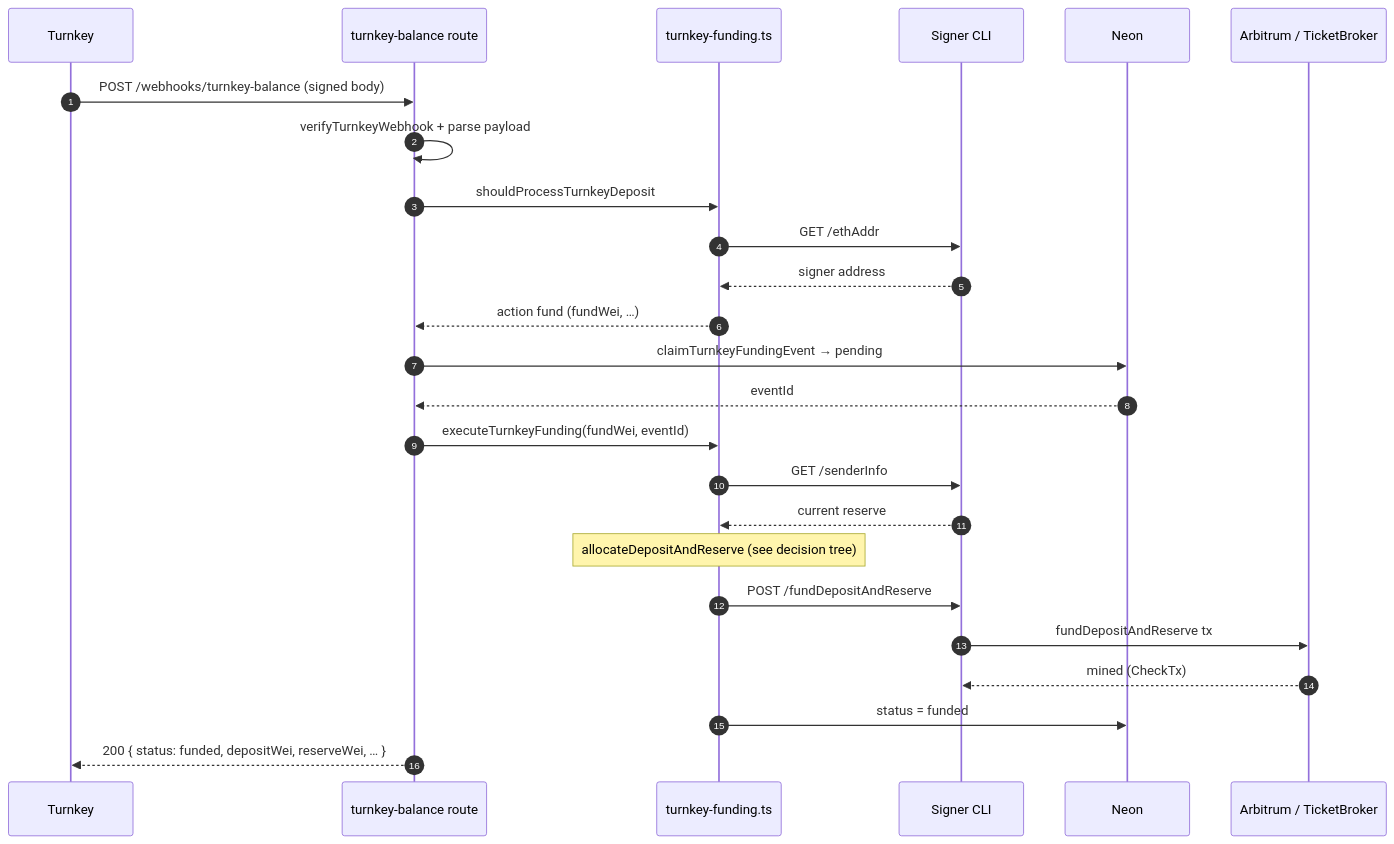
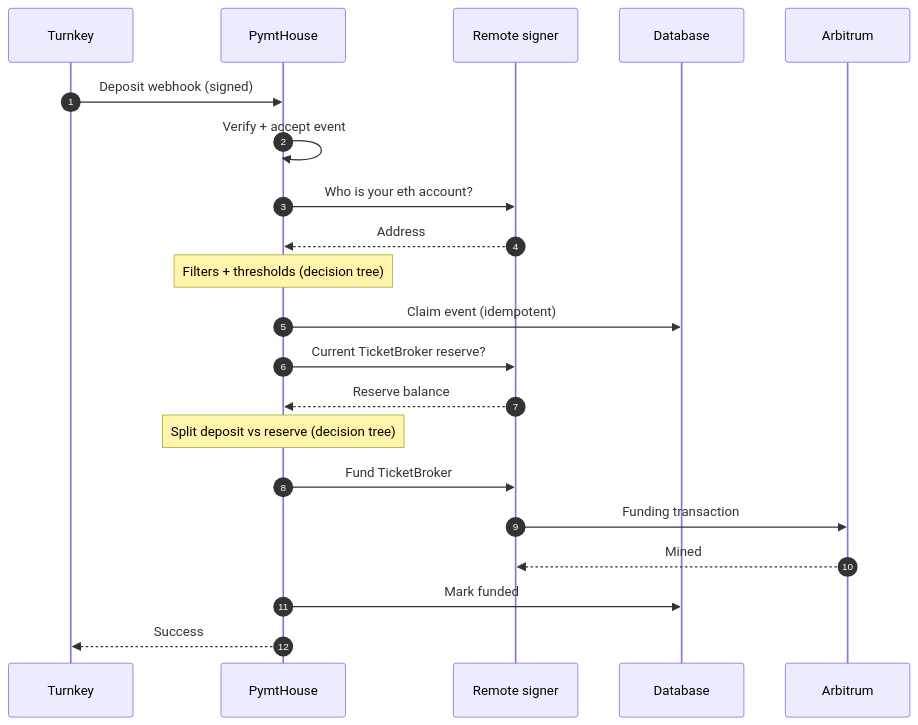
Before and after one commit to pymthouse/pymthouse: the second of 5 diagrams in docs/turnkey-ticket-funding.md, drawn with Mermaid. The commit also changed other lines of this file and 1 other file, not shown here.

First line of the commit message:
docs: raise Turnkey funding doc to architectural level

````diff
--- a/docs/turnkey-ticket-funding.md
+++ b/docs/turnkey-ticket-funding.md
@@ -125,28 +65,24 @@
 ```mermaid
 sequenceDiagram
   autonumber
-  participant TK as Turnkey
-  participant WH as turnkey-balance route
-  participant Logic as turnkey-funding.ts
-  participant CLI as Signer CLI
-  participant DB as Neon
-  participant Chain as Arbitrum / TicketBroker
+  participant Turnkey
+  participant PymtHouse
+  participant Signer as Remote signer
+  participant DB as Database
+  participant Chain as Arbitrum
 
-  TK->>WH: POST /webhooks/turnkey-balance (signed body)
-  WH->>WH: verifyTurnkeyWebhook + parse payload
-  WH->>Logic: shouldProcessTurnkeyDeposit
-  Logic->>CLI: GET /ethAddr
-  CLI-->>Logic: signer address
-  Logic-->>WH: action fund (fundWei, …)
-  WH->>DB: claimTurnkeyFundingEvent → pending
-  DB-->>WH: eventId
-  WH->>Logic: executeTurnkeyFunding(fundWei, eventId)
-  Logic->>CLI: GET /senderInfo
-  CLI-->>Logic: current reserve
-  Note over Logic: allocateDepositAndReserve (see decision tree)
-  Logic->>CLI: POST /fundDepositAndReserve
-  CLI->>Chain: fundDepositAndReserve tx
-  Chain-->>CLI: mined (CheckTx)
-  Logic->>DB: status = funded
-  WH-->>TK: 200 { status: funded, depositWei, reserveWei, … }
+  Turnkey->>PymtHouse: Deposit webhook (signed)
+  PymtHouse->>PymtHouse: Verify + accept event
+  PymtHouse->>Signer: Who is your eth account?
+  Signer-->>PymtHouse: Address
+  Note over PymtHouse: Filters + thresholds (decision tree)
+  PymtHouse->>DB: Claim event (idempotent)
+  PymtHouse->>Signer: Current TicketBroker reserve?
+  Signer-->>PymtHouse: Reserve balance
+  Note over PymtHouse: Split deposit vs reserve (decision tree)
+  PymtHouse->>Signer: Fund TicketBroker
+  Signer->>Chain: Funding transaction
+  Chain-->>Signer: Mined
+  PymtHouse->>DB: Mark funded
+  PymtHouse-->>Turnkey: Success
 ```
````
